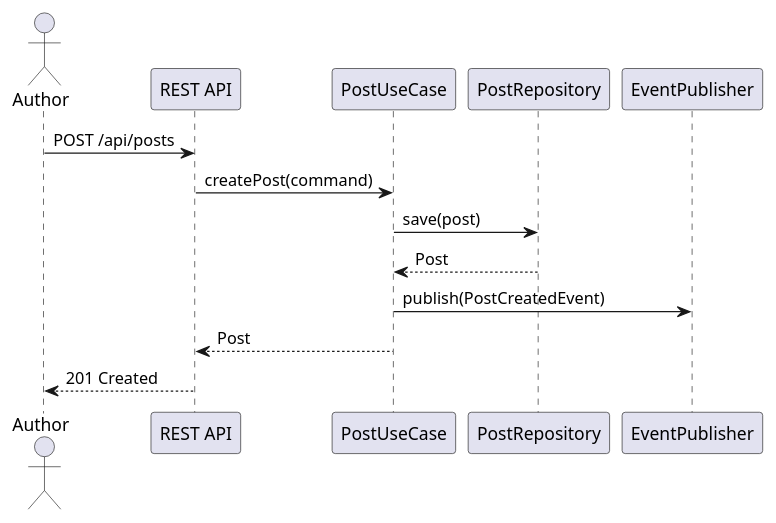
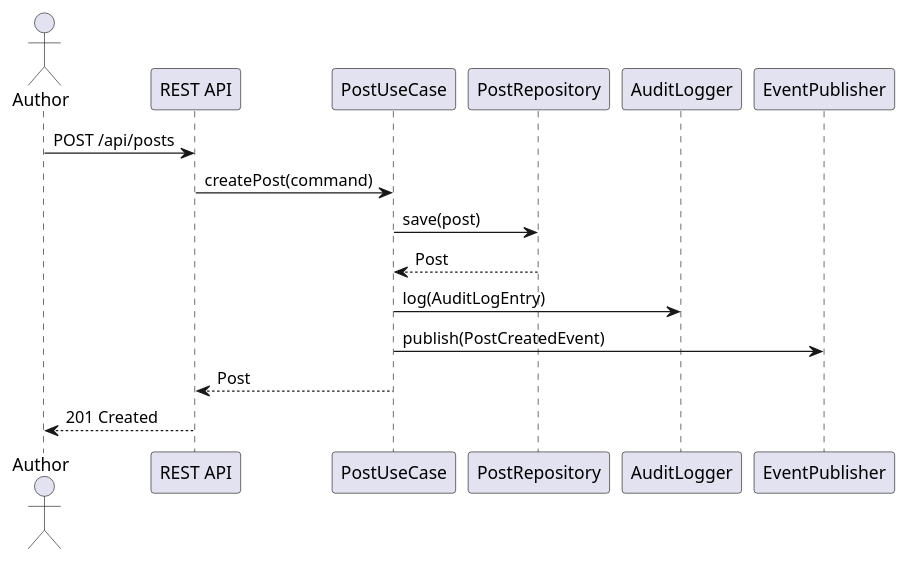
One commit to tomirgang/tomsblog changed the diagram in docs/arc42/modules/ROOT/partials/plantuml/runtime-create.puml. Above: the diagram before and after it, drawn with PlantUML. The commit also changed 122 other files, not shown here.

```diff
--- a/docs/arc42/modules/ROOT/partials/plantuml/runtime-create.puml
+++ b/docs/arc42/modules/ROOT/partials/plantuml/runtime-create.puml
@@ -1,15 +1,17 @@
 @startuml runtime-create
 actor Author
 participant "REST API" as api
 participant "PostUseCase" as uc
 participant "PostRepository" as repo
+participant "AuditLogger" as audit
 participant "EventPublisher" as events
 
 Author -> api : POST /api/posts
 api -> uc : createPost(command)
 uc -> repo : save(post)
 repo --> uc : Post
+uc -> audit : log(AuditLogEntry)
 uc -> events : publish(PostCreatedEvent)
 uc --> api : Post
 api --> Author : 201 Created
 @enduml
```
